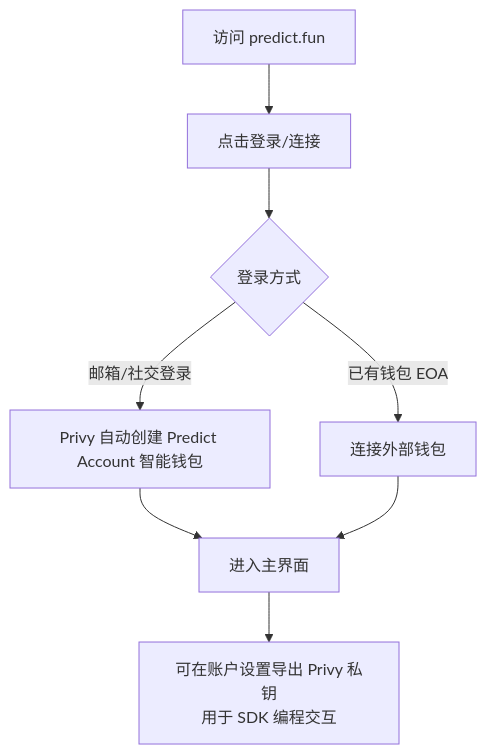
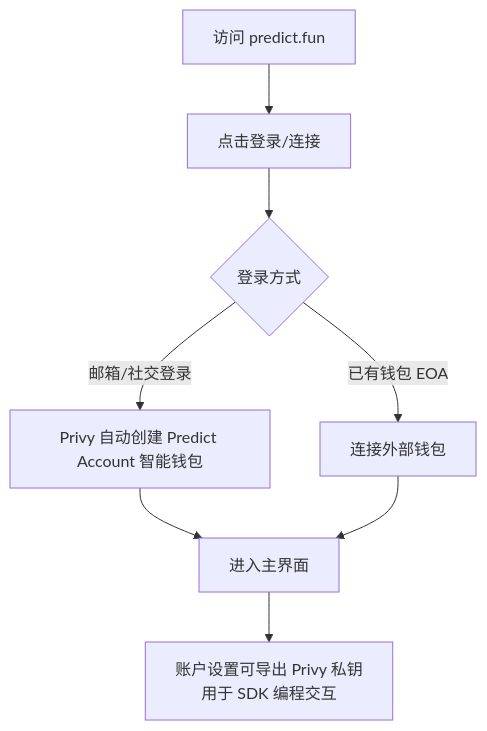
The third of 13 diagrams in research/04_user_experience/analysis.md (survivorff/predictfun_design), drawn with Mermaid before and after one commit. The commit also changed other lines of this file and 11 other files, not shown here.

````diff
--- a/research/04_user_experience/analysis.md
+++ b/research/04_user_experience/analysis.md
@@ -40,10 +72,10 @@
 ```mermaid
 flowchart TD
     A[访问 predict.fun] --> B[点击登录/连接]
     B --> C{登录方式}
     C -->|邮箱/社交登录| D[Privy 自动创建 Predict Account 智能钱包]
     C -->|已有钱包 EOA| E[连接外部钱包]
     D --> F[进入主界面]
     E --> F
-    F --> G[可在账户设置导出 Privy 私钥<br/>用于 SDK 编程交互]
+    F --> G[账户设置可导出 Privy 私钥<br/>用于 SDK 编程交互]
 ```
````
